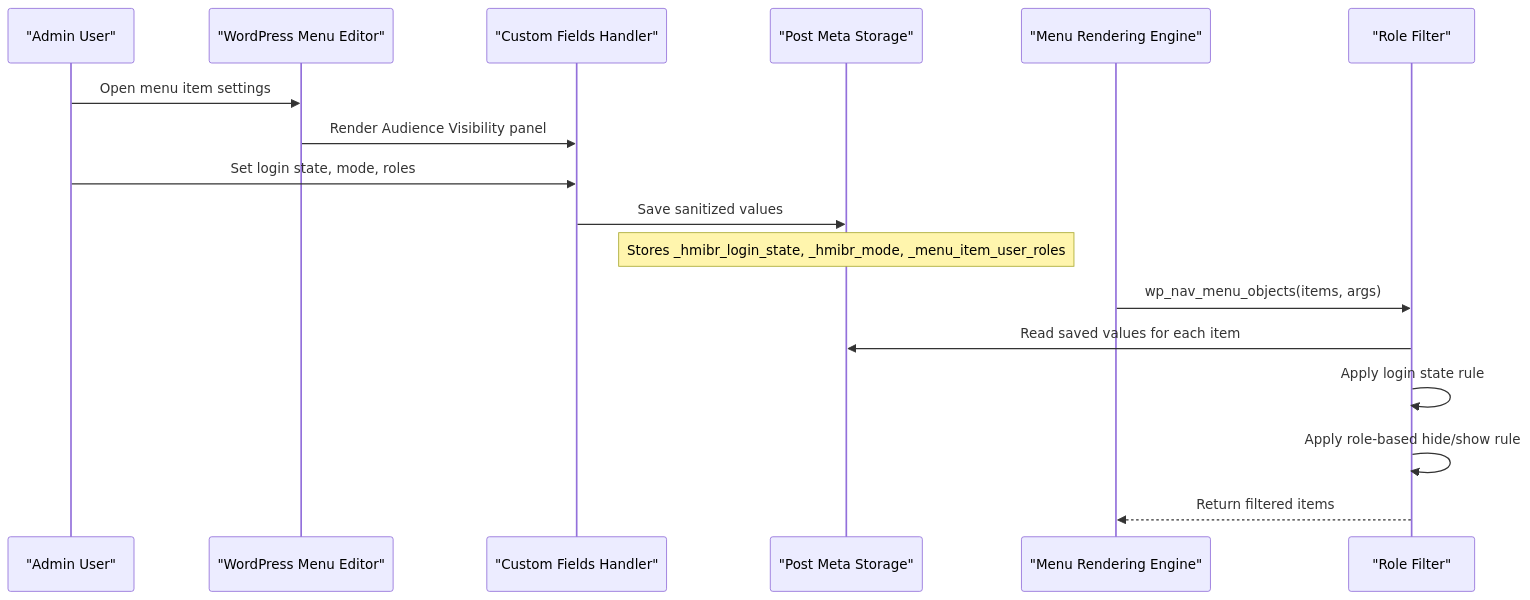
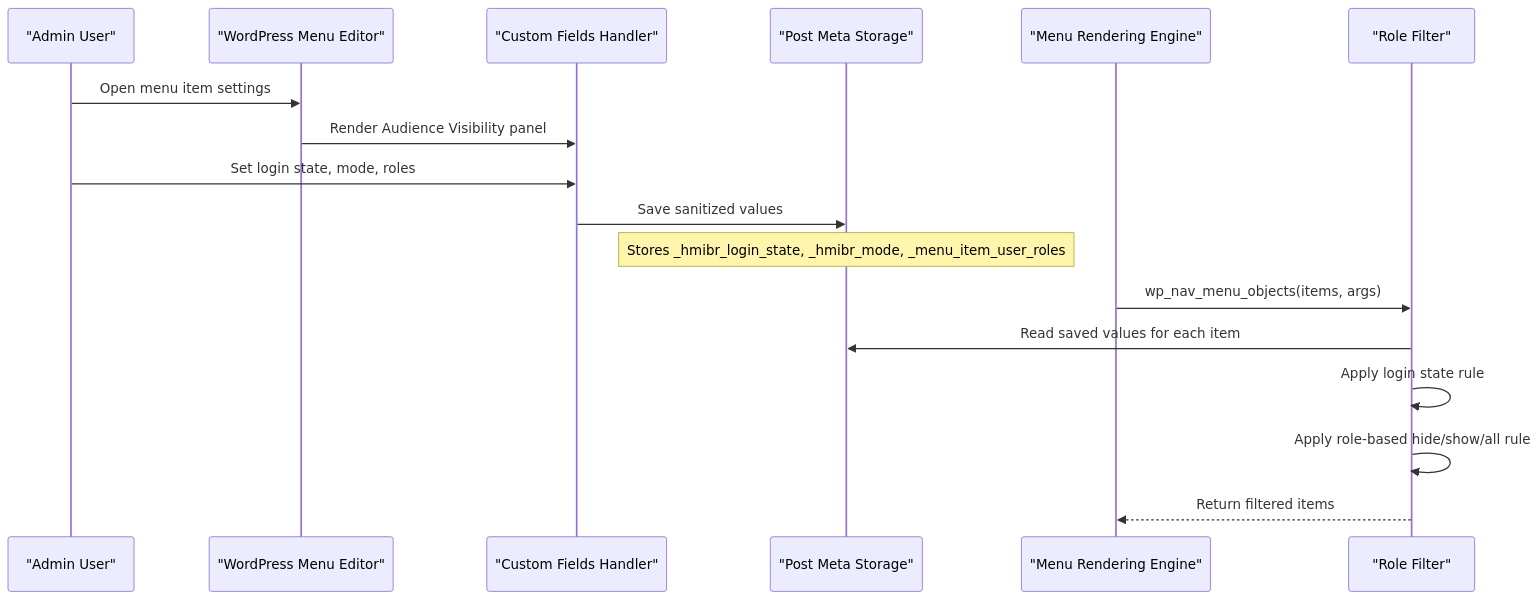
Before and after one commit to mahfuzurwp/hide-menu-items-by-role: the second of 7 diagrams in .qoder/repowiki/en/content/Features Guide/Role-Based Menu Visibility.md, drawn with Mermaid. The commit also changed other lines of this file and 20 other files, not shown here.

````diff
--- a/.qoder/repowiki/en/content/Features Guide/Role-Based Menu Visibility.md
+++ b/.qoder/repowiki/en/content/Features Guide/Role-Based Menu Visibility.md
@@ -75,19 +84,19 @@
 ```mermaid
 sequenceDiagram
 participant Admin as "Admin User"
 participant MenuEditor as "WordPress Menu Editor"
 participant CustomFields as "Custom Fields Handler"
 participant Meta as "Post Meta Storage"
 participant Renderer as "Menu Rendering Engine"
 participant Filter as "Role Filter"
 Admin->>MenuEditor : Open menu item settings
 MenuEditor->>CustomFields : Render Audience Visibility panel
 Admin->>CustomFields : Set login state, mode, roles
 CustomFields->>Meta : Save sanitized values
 Note over Meta : Stores _hmibr_login_state, _hmibr_mode, _menu_item_user_roles
 Renderer->>Filter : wp_nav_menu_objects(items, args)
 Filter->>Meta : Read saved values for each item
 Filter->>Filter : Apply login state rule
-Filter->>Filter : Apply role-based hide/show rule
+Filter->>Filter : Apply role-based hide/show/all rule
 Filter-->>Renderer : Return filtered items
 ```
````
